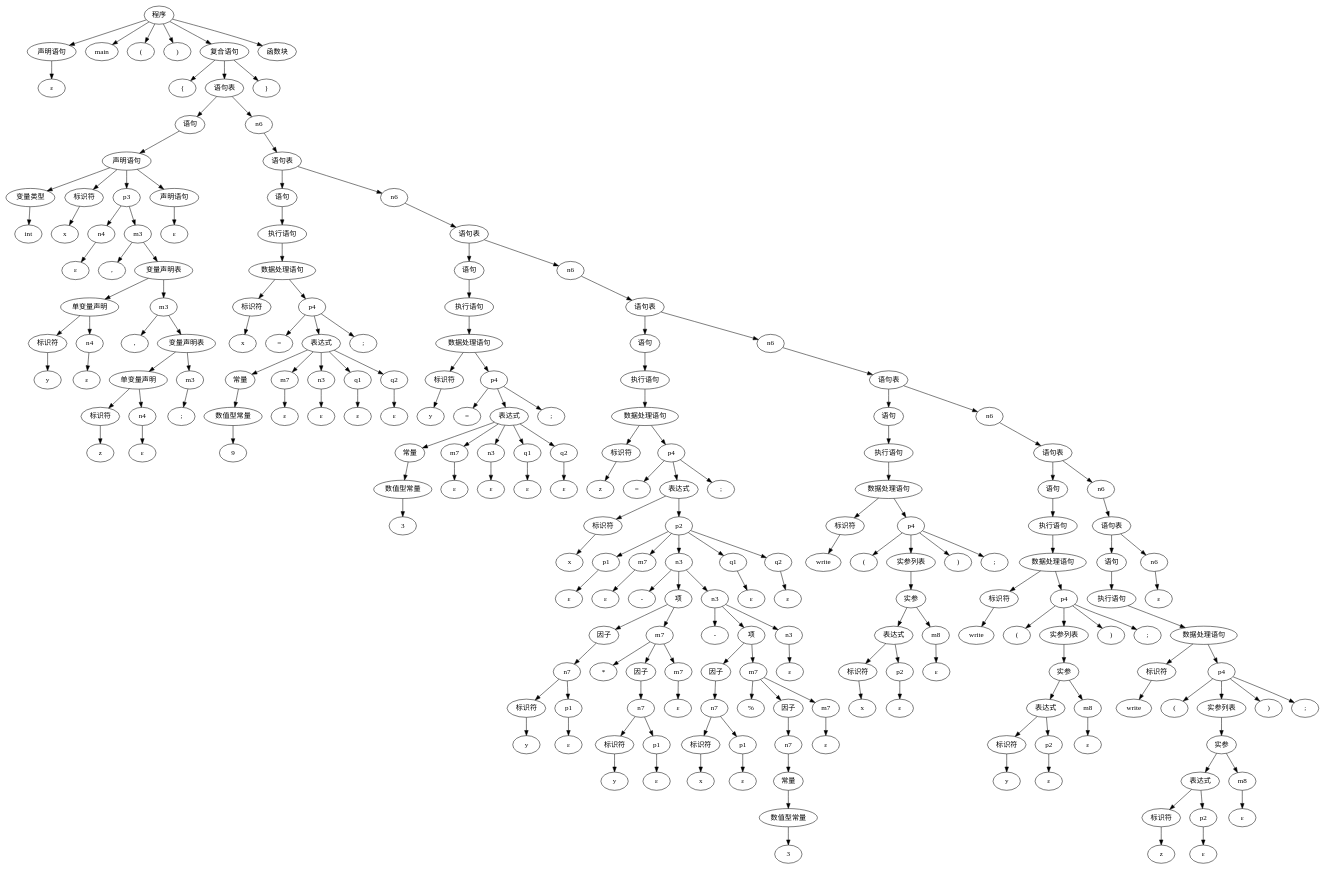
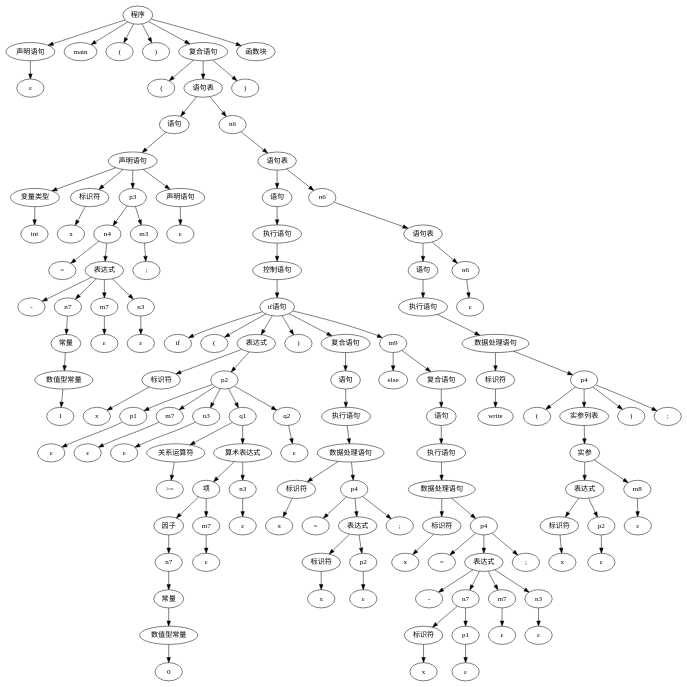
The diagram in Syntax_Tree/tree.gv (hutao99/compiler), drawn with Graphviz before and after one commit. The commit also changed 9 other files, not shown here.

```diff
--- a/Syntax_Tree/tree.gv
+++ b/Syntax_Tree/tree.gv
@@ -33,140 +33,140 @@
 	10 -> 15
 	16 [label=n4 fontname=SimHei]
 	15 -> 16
-	17 [label="ε" fontname=SimHei]
+	17 [label="=" fontname=SimHei]
 	16 -> 17
-	18 [label=m3 fontname=SimHei]
-	15 -> 18
-	19 [label="," fontname=SimHei]
+	18 [label="表达式" fontname=SimHei]
+	16 -> 18
+	19 [label="-" fontname=SimHei]
 	18 -> 19
-	20 [label="变量声明表" fontname=SimHei]
+	20 [label=n7 fontname=SimHei]
 	18 -> 20
-	21 [label="单变量声明" fontname=SimHei]
+	21 [label="常量" fontname=SimHei]
 	20 -> 21
-	22 [label="标识符" fontname=SimHei]
+	22 [label="数值型常量" fontname=SimHei]
 	21 -> 22
-	23 [label=y]
+	23 [label=1]
 	22 -> 23
-	24 [label=n4 fontname=SimHei]
-	21 -> 24
+	24 [label=m7 fontname=SimHei]
+	18 -> 24
 	25 [label="ε" fontname=SimHei]
 	24 -> 25
-	26 [label=m3 fontname=SimHei]
-	20 -> 26
-	27 [label="," fontname=SimHei]
+	26 [label=n3 fontname=SimHei]
+	18 -> 26
+	27 [label="ε" fontname=SimHei]
 	26 -> 27
-	28 [label="变量声明表" fontname=SimHei]
-	26 -> 28
-	29 [label="单变量声明" fontname=SimHei]
+	28 [label=m3 fontname=SimHei]
+	15 -> 28
+	29 [label=";" fontname=SimHei]
 	28 -> 29
-	30 [label="标识符" fontname=SimHei]
-	29 -> 30
-	31 [label=z]
+	30 [label="声明语句" fontname=SimHei]
+	10 -> 30
+	31 [label="ε" fontname=SimHei]
 	30 -> 31
-	32 [label=n4 fontname=SimHei]
-	29 -> 32
-	33 [label="ε" fontname=SimHei]
+	32 [label=n6 fontname=SimHei]
+	8 -> 32
+	33 [label="语句表" fontname=SimHei]
 	32 -> 33
-	34 [label=m3 fontname=SimHei]
-	28 -> 34
-	35 [label=";" fontname=SimHei]
+	34 [label="语句" fontname=SimHei]
+	33 -> 34
+	35 [label="执行语句" fontname=SimHei]
 	34 -> 35
-	36 [label="声明语句" fontname=SimHei]
-	10 -> 36
-	37 [label="ε" fontname=SimHei]
+	36 [label="控制语句" fontname=SimHei]
+	35 -> 36
+	37 [label="if语句" fontname=SimHei]
 	36 -> 37
-	38 [label=n6 fontname=SimHei]
-	8 -> 38
-	39 [label="语句表" fontname=SimHei]
-	38 -> 39
-	40 [label="语句" fontname=SimHei]
-	39 -> 40
-	41 [label="执行语句" fontname=SimHei]
+	38 [label=if fontname=SimHei]
+	37 -> 38
+	39 [label="(" fontname=SimHei]
+	37 -> 39
+	40 [label="表达式" fontname=SimHei]
+	37 -> 40
+	41 [label="标识符" fontname=SimHei]
 	40 -> 41
-	42 [label="数据处理语句" fontname=SimHei]
+	42 [label=x]
 	41 -> 42
-	43 [label="标识符" fontname=SimHei]
-	42 -> 43
-	44 [label=x]
+	43 [label=p2 fontname=SimHei]
+	40 -> 43
+	44 [label=p1 fontname=SimHei]
 	43 -> 44
-	45 [label=p4 fontname=SimHei]
-	42 -> 45
-	46 [label="=" fontname=SimHei]
-	45 -> 46
-	47 [label="表达式" fontname=SimHei]
-	45 -> 47
-	48 [label="常量" fontname=SimHei]
-	47 -> 48
-	49 [label="数值型常量" fontname=SimHei]
+	45 [label="ε" fontname=SimHei]
+	44 -> 45
+	46 [label=m7 fontname=SimHei]
+	43 -> 46
+	47 [label="ε" fontname=SimHei]
+	46 -> 47
+	48 [label=n3 fontname=SimHei]
+	43 -> 48
+	49 [label="ε" fontname=SimHei]
 	48 -> 49
-	50 [label=9]
-	49 -> 50
-	51 [label=m7 fontname=SimHei]
-	47 -> 51
-	52 [label="ε" fontname=SimHei]
+	50 [label=q1 fontname=SimHei]
+	43 -> 50
+	51 [label="关系运算符" fontname=SimHei]
+	50 -> 51
+	52 [label=">=" fontname=SimHei]
 	51 -> 52
-	53 [label=n3 fontname=SimHei]
-	47 -> 53
-	54 [label="ε" fontname=SimHei]
+	53 [label="算术表达式" fontname=SimHei]
+	50 -> 53
+	54 [label="项" fontname=SimHei]
 	53 -> 54
-	55 [label=q1 fontname=SimHei]
-	47 -> 55
-	56 [label="ε" fontname=SimHei]
+	55 [label="因子" fontname=SimHei]
+	54 -> 55
+	56 [label=n7 fontname=SimHei]
 	55 -> 56
-	57 [label=q2 fontname=SimHei]
-	47 -> 57
-	58 [label="ε" fontname=SimHei]
+	57 [label="常量" fontname=SimHei]
+	56 -> 57
+	58 [label="数值型常量" fontname=SimHei]
 	57 -> 58
-	59 [label=";" fontname=SimHei]
-	45 -> 59
-	60 [label=n6 fontname=SimHei]
-	39 -> 60
-	61 [label="语句表" fontname=SimHei]
+	59 [label=0]
+	58 -> 59
+	60 [label=m7 fontname=SimHei]
+	54 -> 60
+	61 [label="ε" fontname=SimHei]
 	60 -> 61
-	62 [label="语句" fontname=SimHei]
-	61 -> 62
-	63 [label="执行语句" fontname=SimHei]
+	62 [label=n3 fontname=SimHei]
+	53 -> 62
+	63 [label="ε" fontname=SimHei]
 	62 -> 63
-	64 [label="数据处理语句" fontname=SimHei]
-	63 -> 64
-	65 [label="标识符" fontname=SimHei]
+	64 [label=q2 fontname=SimHei]
+	43 -> 64
+	65 [label="ε" fontname=SimHei]
 	64 -> 65
-	66 [label=y]
-	65 -> 66
-	67 [label=p4 fontname=SimHei]
-	64 -> 67
-	68 [label="=" fontname=SimHei]
+	66 [label=")" fontname=SimHei]
+	37 -> 66
+	67 [label="复合语句" fontname=SimHei]
+	37 -> 67
+	68 [label="语句" fontname=SimHei]
 	67 -> 68
-	69 [label="表达式" fontname=SimHei]
-	67 -> 69
-	70 [label="常量" fontname=SimHei]
+	69 [label="执行语句" fontname=SimHei]
+	68 -> 69
+	70 [label="数据处理语句" fontname=SimHei]
 	69 -> 70
-	71 [label="数值型常量" fontname=SimHei]
+	71 [label="标识符" fontname=SimHei]
 	70 -> 71
-	72 [label=3]
+	72 [label=x]
 	71 -> 72
-	73 [label=m7 fontname=SimHei]
-	69 -> 73
-	74 [label="ε" fontname=SimHei]
+	73 [label=p4 fontname=SimHei]
+	70 -> 73
+	74 [label="=" fontname=SimHei]
 	73 -> 74
-	75 [label=n3 fontname=SimHei]
-	69 -> 75
-	76 [label="ε" fontname=SimHei]
+	75 [label="表达式" fontname=SimHei]
+	73 -> 75
+	76 [label="标识符" fontname=SimHei]
 	75 -> 76
-	77 [label=q1 fontname=SimHei]
-	69 -> 77
-	78 [label="ε" fontname=SimHei]
-	77 -> 78
-	79 [label=q2 fontname=SimHei]
-	69 -> 79
-	80 [label="ε" fontname=SimHei]
-	79 -> 80
-	81 [label=";" fontname=SimHei]
-	67 -> 81
-	82 [label=n6 fontname=SimHei]
-	61 -> 82
-	83 [label="语句表" fontname=SimHei]
-	82 -> 83
+	77 [label=x]
+	76 -> 77
+	78 [label=p2 fontname=SimHei]
+	75 -> 78
+	79 [label="ε" fontname=SimHei]
+	78 -> 79
+	80 [label=";" fontname=SimHei]
+	73 -> 80
+	81 [label=m9 fontname=SimHei]
+	37 -> 81
+	82 [label=else fontname=SimHei]
+	81 -> 82
+	83 [label="复合语句" fontname=SimHei]
+	81 -> 83
 	84 [label="语句" fontname=SimHei]
 	83 -> 84
 	85 [label="执行语句" fontname=SimHei]
@@ -175,7 +175,7 @@
 	85 -> 86
 	87 [label="标识符" fontname=SimHei]
 	86 -> 87
-	88 [label=z]
+	88 [label=x]
 	87 -> 88
 	89 [label=p4 fontname=SimHei]
 	86 -> 89
@@ -183,234 +183,74 @@
 	89 -> 90
 	91 [label="表达式" fontname=SimHei]
 	89 -> 91
-	92 [label="标识符" fontname=SimHei]
+	92 [label="-" fontname=SimHei]
 	91 -> 92
-	93 [label=x]
-	92 -> 93
-	94 [label=p2 fontname=SimHei]
-	91 -> 94
-	95 [label=p1 fontname=SimHei]
+	93 [label=n7 fontname=SimHei]
+	91 -> 93
+	94 [label="标识符" fontname=SimHei]
+	93 -> 94
+	95 [label=x]
 	94 -> 95
-	96 [label="ε" fontname=SimHei]
-	95 -> 96
-	97 [label=m7 fontname=SimHei]
-	94 -> 97
-	98 [label="ε" fontname=SimHei]
-	97 -> 98
-	99 [label=n3 fontname=SimHei]
-	94 -> 99
-	100 [label="-" fontname=SimHei]
-	99 -> 100
-	101 [label="项" fontname=SimHei]
-	99 -> 101
-	102 [label="因子" fontname=SimHei]
-	101 -> 102
-	103 [label=n7 fontname=SimHei]
-	102 -> 103
-	104 [label="标识符" fontname=SimHei]
+	96 [label=p1 fontname=SimHei]
+	93 -> 96
+	97 [label="ε" fontname=SimHei]
+	96 -> 97
+	98 [label=m7 fontname=SimHei]
+	91 -> 98
+	99 [label="ε" fontname=SimHei]
+	98 -> 99
+	100 [label=n3 fontname=SimHei]
+	91 -> 100
+	101 [label="ε" fontname=SimHei]
+	100 -> 101
+	102 [label=";" fontname=SimHei]
+	89 -> 102
+	103 [label=n6 fontname=SimHei]
+	33 -> 103
+	104 [label="语句表" fontname=SimHei]
 	103 -> 104
-	105 [label=y]
+	105 [label="语句" fontname=SimHei]
 	104 -> 105
-	106 [label=p1 fontname=SimHei]
-	103 -> 106
-	107 [label="ε" fontname=SimHei]
+	106 [label="执行语句" fontname=SimHei]
+	105 -> 106
+	107 [label="数据处理语句" fontname=SimHei]
 	106 -> 107
-	108 [label=m7 fontname=SimHei]
-	101 -> 108
-	109 [label="*" fontname=SimHei]
+	108 [label="标识符" fontname=SimHei]
+	107 -> 108
+	109 [label=write]
 	108 -> 109
-	110 [label="因子" fontname=SimHei]
-	108 -> 110
-	111 [label=n7 fontname=SimHei]
+	110 [label=p4 fontname=SimHei]
+	107 -> 110
+	111 [label="(" fontname=SimHei]
 	110 -> 111
-	112 [label="标识符" fontname=SimHei]
-	111 -> 112
-	113 [label=y]
+	112 [label="实参列表" fontname=SimHei]
+	110 -> 112
+	113 [label="实参" fontname=SimHei]
 	112 -> 113
-	114 [label=p1 fontname=SimHei]
-	111 -> 114
-	115 [label="ε" fontname=SimHei]
+	114 [label="表达式" fontname=SimHei]
+	113 -> 114
+	115 [label="标识符" fontname=SimHei]
 	114 -> 115
-	116 [label=m7 fontname=SimHei]
-	108 -> 116
-	117 [label="ε" fontname=SimHei]
-	116 -> 117
-	118 [label=n3 fontname=SimHei]
-	99 -> 118
-	119 [label="-" fontname=SimHei]
-	118 -> 119
-	120 [label="项" fontname=SimHei]
-	118 -> 120
-	121 [label="因子" fontname=SimHei]
-	120 -> 121
-	122 [label=n7 fontname=SimHei]
-	121 -> 122
-	123 [label="标识符" fontname=SimHei]
-	122 -> 123
-	124 [label=x]
+	116 [label=x]
+	115 -> 116
+	117 [label=p2 fontname=SimHei]
+	114 -> 117
+	118 [label="ε" fontname=SimHei]
+	117 -> 118
+	119 [label=m8 fontname=SimHei]
+	113 -> 119
+	120 [label="ε" fontname=SimHei]
+	119 -> 120
+	121 [label=")" fontname=SimHei]
+	110 -> 121
+	122 [label=";" fontname=SimHei]
+	110 -> 122
+	123 [label=n6 fontname=SimHei]
+	104 -> 123
+	124 [label="ε" fontname=SimHei]
 	123 -> 124
-	125 [label=p1 fontname=SimHei]
-	122 -> 125
-	126 [label="ε" fontname=SimHei]
-	125 -> 126
-	127 [label=m7 fontname=SimHei]
-	120 -> 127
-	128 [label="%" fontname=SimHei]
-	127 -> 128
-	129 [label="因子" fontname=SimHei]
-	127 -> 129
-	130 [label=n7 fontname=SimHei]
-	129 -> 130
-	131 [label="常量" fontname=SimHei]
-	130 -> 131
-	132 [label="数值型常量" fontname=SimHei]
-	131 -> 132
-	133 [label=3]
-	132 -> 133
-	134 [label=m7 fontname=SimHei]
-	127 -> 134
-	135 [label="ε" fontname=SimHei]
-	134 -> 135
-	136 [label=n3 fontname=SimHei]
-	118 -> 136
-	137 [label="ε" fontname=SimHei]
-	136 -> 137
-	138 [label=q1 fontname=SimHei]
-	94 -> 138
-	139 [label="ε" fontname=SimHei]
-	138 -> 139
-	140 [label=q2 fontname=SimHei]
-	94 -> 140
-	141 [label="ε" fontname=SimHei]
-	140 -> 141
-	142 [label=";" fontname=SimHei]
-	89 -> 142
-	143 [label=n6 fontname=SimHei]
-	83 -> 143
-	144 [label="语句表" fontname=SimHei]
-	143 -> 144
-	145 [label="语句" fontname=SimHei]
-	144 -> 145
-	146 [label="执行语句" fontname=SimHei]
-	145 -> 146
-	147 [label="数据处理语句" fontname=SimHei]
-	146 -> 147
-	148 [label="标识符" fontname=SimHei]
-	147 -> 148
-	149 [label=write]
-	148 -> 149
-	150 [label=p4 fontname=SimHei]
-	147 -> 150
-	151 [label="(" fontname=SimHei]
-	150 -> 151
-	152 [label="实参列表" fontname=SimHei]
-	150 -> 152
-	153 [label="实参" fontname=SimHei]
-	152 -> 153
-	154 [label="表达式" fontname=SimHei]
-	153 -> 154
-	155 [label="标识符" fontname=SimHei]
-	154 -> 155
-	156 [label=x]
-	155 -> 156
-	157 [label=p2 fontname=SimHei]
-	154 -> 157
-	158 [label="ε" fontname=SimHei]
-	157 -> 158
-	159 [label=m8 fontname=SimHei]
-	153 -> 159
-	160 [label="ε" fontname=SimHei]
-	159 -> 160
-	161 [label=")" fontname=SimHei]
-	150 -> 161
-	162 [label=";" fontname=SimHei]
-	150 -> 162
-	163 [label=n6 fontname=SimHei]
-	144 -> 163
-	164 [label="语句表" fontname=SimHei]
-	163 -> 164
-	165 [label="语句" fontname=SimHei]
-	164 -> 165
-	166 [label="执行语句" fontname=SimHei]
-	165 -> 166
-	167 [label="数据处理语句" fontname=SimHei]
-	166 -> 167
-	168 [label="标识符" fontname=SimHei]
-	167 -> 168
-	169 [label=write]
-	168 -> 169
-	170 [label=p4 fontname=SimHei]
-	167 -> 170
-	171 [label="(" fontname=SimHei]
-	170 -> 171
-	172 [label="实参列表" fontname=SimHei]
-	170 -> 172
-	173 [label="实参" fontname=SimHei]
-	172 -> 173
-	174 [label="表达式" fontname=SimHei]
-	173 -> 174
-	175 [label="标识符" fontname=SimHei]
-	174 -> 175
-	176 [label=y]
-	175 -> 176
-	177 [label=p2 fontname=SimHei]
-	174 -> 177
-	178 [label="ε" fontname=SimHei]
-	177 -> 178
-	179 [label=m8 fontname=SimHei]
-	173 -> 179
-	180 [label="ε" fontname=SimHei]
-	179 -> 180
-	181 [label=")" fontname=SimHei]
-	170 -> 181
-	182 [label=";" fontname=SimHei]
-	170 -> 182
-	183 [label=n6 fontname=SimHei]
-	164 -> 183
-	184 [label="语句表" fontname=SimHei]
-	183 -> 184
-	185 [label="语句" fontname=SimHei]
-	184 -> 185
-	186 [label="执行语句" fontname=SimHei]
-	185 -> 186
-	187 [label="数据处理语句" fontname=SimHei]
-	186 -> 187
-	188 [label="标识符" fontname=SimHei]
-	187 -> 188
-	189 [label=write]
-	188 -> 189
-	190 [label=p4 fontname=SimHei]
-	187 -> 190
-	191 [label="(" fontname=SimHei]
-	190 -> 191
-	192 [label="实参列表" fontname=SimHei]
-	190 -> 192
-	193 [label="实参" fontname=SimHei]
-	192 -> 193
-	194 [label="表达式" fontname=SimHei]
-	193 -> 194
-	195 [label="标识符" fontname=SimHei]
-	194 -> 195
-	196 [label=z]
-	195 -> 196
-	197 [label=p2 fontname=SimHei]
-	194 -> 197
-	198 [label="ε" fontname=SimHei]
-	197 -> 198
-	199 [label=m8 fontname=SimHei]
-	193 -> 199
-	200 [label="ε" fontname=SimHei]
-	199 -> 200
-	201 [label=")" fontname=SimHei]
-	190 -> 201
-	202 [label=";" fontname=SimHei]
-	190 -> 202
-	203 [label=n6 fontname=SimHei]
-	184 -> 203
-	204 [label="ε" fontname=SimHei]
-	203 -> 204
-	205 [label="}" fontname=SimHei]
-	6 -> 205
-	206 [label="函数块" fontname=SimHei]
-	0 -> 206
+	125 [label="}" fontname=SimHei]
+	6 -> 125
+	126 [label="函数块" fontname=SimHei]
+	0 -> 126
 }
```
